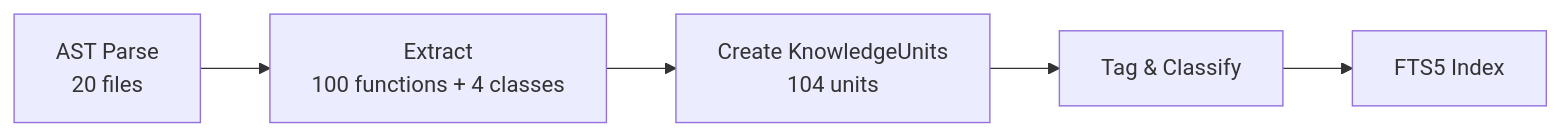
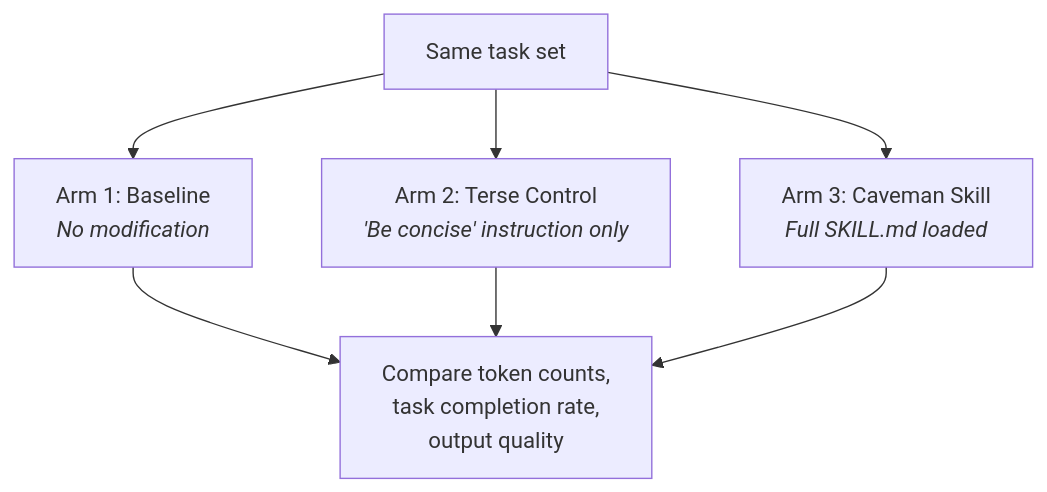
One commit to YoRHa-Agents/NineS changed the fifth of 8 diagrams in docs/showcase/caveman-analysis.md. Above: the diagram before and after it, drawn with Mermaid. The commit also changed other lines of this file and 14 other files, not shown here.

````diff
--- a/docs/showcase/caveman-analysis.md
+++ b/docs/showcase/caveman-analysis.md
@@ -159,7 +290,9 @@
 ```mermaid
-graph LR
-    A["AST Parse<br/>20 files"] --> B["Extract<br/>100 functions + 4 classes"]
-    B --> C["Create KnowledgeUnits<br/>104 units"]
-    C --> D["Tag & Classify"]
-    D --> E["FTS5 Index"]
+graph TD
+    A["Same task set"] --> B["Arm 1: Baseline<br/><i>No modification</i>"]
+    A --> C["Arm 2: Terse Control<br/><i>'Be concise' instruction only</i>"]
+    A --> D["Arm 3: Caveman Skill<br/><i>Full SKILL.md loaded</i>"]
+    B --> E["Compare token counts,<br/>task completion rate,<br/>output quality"]
+    C --> E
+    D --> E
 ```
````
